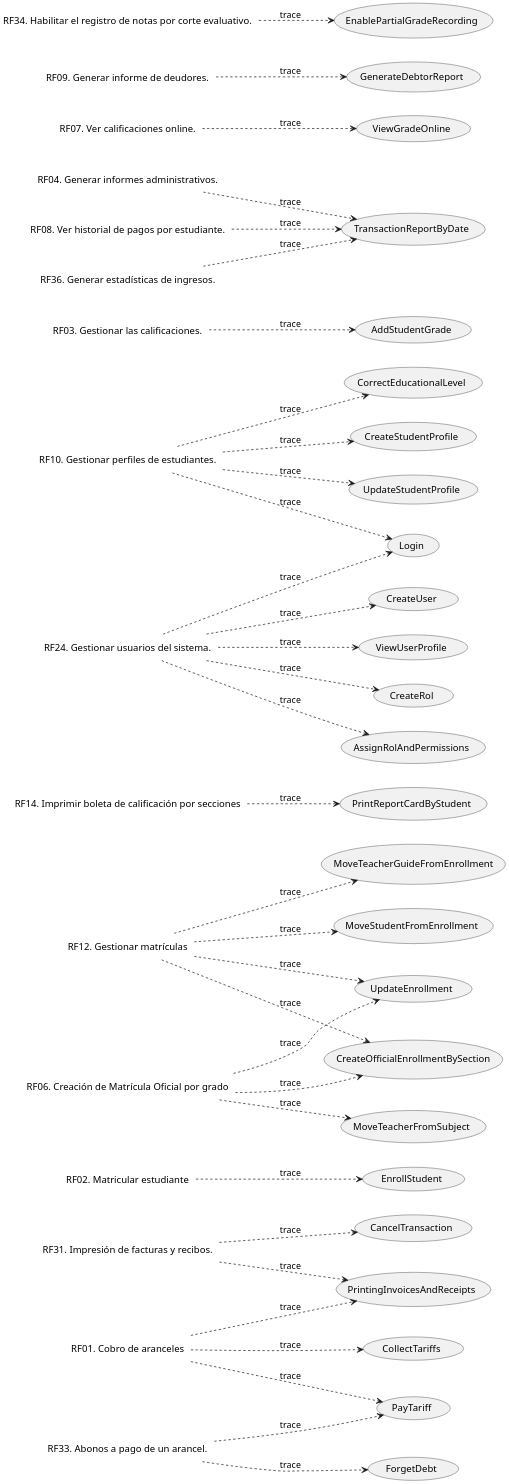
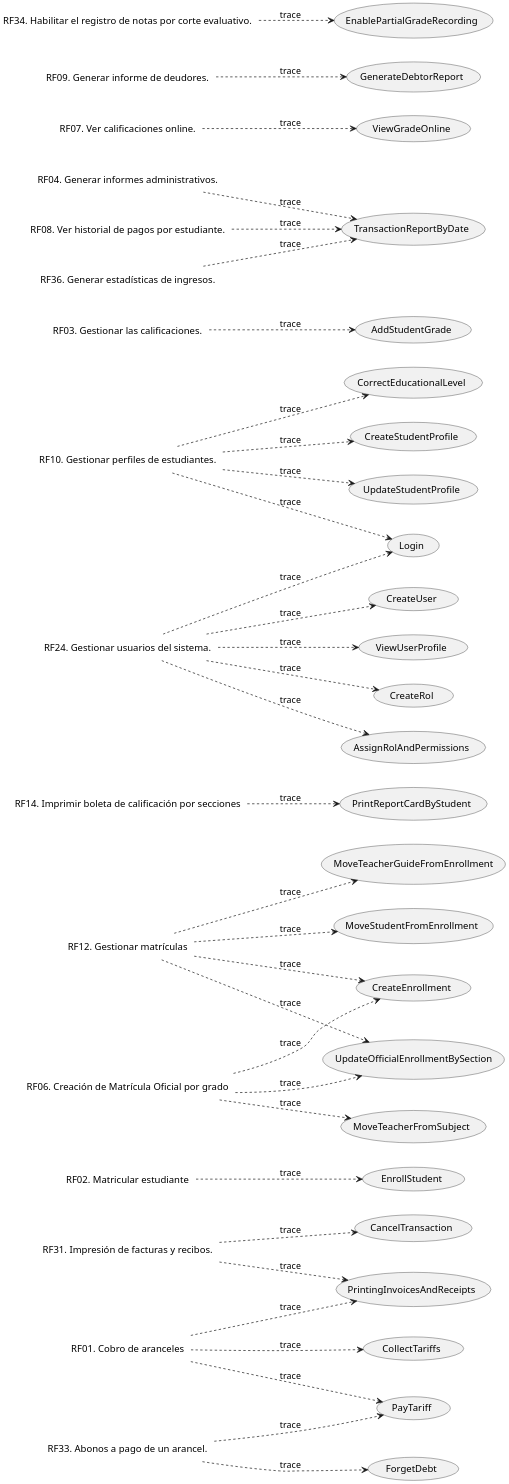
The diagram in UseCaseView/TRACE.Requisites-x-UseCase.puml (wsmcbl/wsmcbl.doc), drawn with PlantUML before and after one commit. The commit also changed 5 other files, not shown here.

```diff
--- a/UseCaseView/TRACE.Requisites-x-UseCase.puml
+++ b/UseCaseView/TRACE.Requisites-x-UseCase.puml
@@ -1,105 +1,105 @@
 @startuml
 'skinparam BackgroundColor transparent
 left to right direction
 scale 2
 
 'Iteration 1
 Label RF01 as "RF01. Cobro de aranceles"
 Label RF02 as "RF02. Matricular estudiante"
 label RF06 as "RF06. Creación de Matrícula Oficial por grado"
 label RF12 as "RF12. Gestionar matrículas"
 label RF14 as "RF14. Imprimir boleta de calificación por secciones"
 
 'Iteration 2
 Label RF10 as "RF10. Gestionar perfiles de estudiantes."
 Label RF24 as "RF24. Gestionar usuarios del sistema."
 Label RF03 as "RF03. Gestionar las calificaciones."
 Label RF33 as "RF33. Abonos a pago de un arancel."
 
 'Iteration 3
 Label RF04 as "RF04. Generar informes administrativos."
 Label RF07 as "RF07. Ver calificaciones online."
 Label RF08 as "RF08. Ver historial de pagos por estudiante."
 Label RF31 as "RF31. Impresión de facturas y recibos."
 Label RF36 as "RF36. Generar estadísticas de ingresos."
 
 'Iteration 4
 Label RF09 as "RF09. Generar informe de deudores."
 Label RF34 as "RF34. Habilitar el registro de notas por corte evaluativo."
 
 
 'Iteration 1
 usecase CU01 as "EnrollStudent"
-usecase CU05 as "CreateOfficialEnrollmentBySection"
+usecase CU05 as "UpdateOfficialEnrollmentBySection"
 usecase CU58 as "PrintingInvoicesAndReceipts"
 usecase CU29 as "PrintReportCardByStudent"
 usecase CU21 as "MoveTeacherGuideFromEnrollment"
 usecase CU03 as "CollectTariffs"
 
 'Iteration 2
 usecase CU60 as "PayTariff"
 usecase CU11 as "AddStudentGrade"
 usecase CU02 as "CreateStudentProfile"
 usecase CU69 as "Login"
 
 'Iteration 3
 usecase CU15 as "ViewGradeOnline"
 usecase CU16 as "UpdateStudentProfile"
 usecase CU22 as "MoveTeacherFromSubject"
 usecase CU23 as "MoveStudentFromEnrollment"
 usecase CU73 as "CancelTransaction"
 usecase CU75 as "TransactionReportByDate"
 
 'Iteration 4
 usecase CU07 as "GenerateDebtorReport"
-usecase CU20 as "UpdateEnrollment"
+usecase CU20 as "CreateEnrollment"
 usecase CU46 as "CreateUser"
 usecase CU51 as "ViewUserProfile"
 usecase CU61 as "EnablePartialGradeRecording"
 usecase CU70 as "CreateRol"
 usecase CU71 as "AssignRolAndPermissions"
 usecase CU77 as "CorrectEducationalLevel"
 usecase CU78 as "ForgetDebt"
 
 
 
 'Iteration 1
 RF01 ..> CU03 : trace
 RF01 ..> CU58 : trace
 RF02 ..> CU01 : trace
 RF06 ..> CU05 : trace
 RF12 ..> CU05 : trace
 RF12 ..> CU21 : trace
 RF14 ..> CU29 : trace
 
 'Iteration 2
 RF01 ..> CU60 : trace
 RF06 ..> CU22 : trace
 RF10 ..> CU02 : trace
 RF10 ..> CU69 : trace
 RF24 ..> CU69 : trace
 RF33 ..> CU60 : trace
 RF03 ..> CU11 : trace
 RF07 ..> CU15 : trace
 
 'Iteration 3
 RF08 ..> CU75 : trace
 RF04 ..> CU75 : trace
 RF36 ..> CU75 : trace
 RF31 ..> CU73 : trace
 RF31 ..> CU58 : trace
 RF10 ..> CU16 : trace
 RF12 ..> CU23 : trace
 
 'Iteration 4
 RF09 ..> CU07 : trace
 RF06 ..> CU20 : trace
 RF12 ..> CU20 : trace
 RF24 ..> CU46 : trace
 RF24 ..> CU51 : trace
 RF34 ..> CU61 : trace
 RF24 ..> CU70 : trace
 RF24 ..> CU71 : trace
 RF10 ..> CU77 : trace
 RF33 ..> CU78 : trace
 @enduml
```
